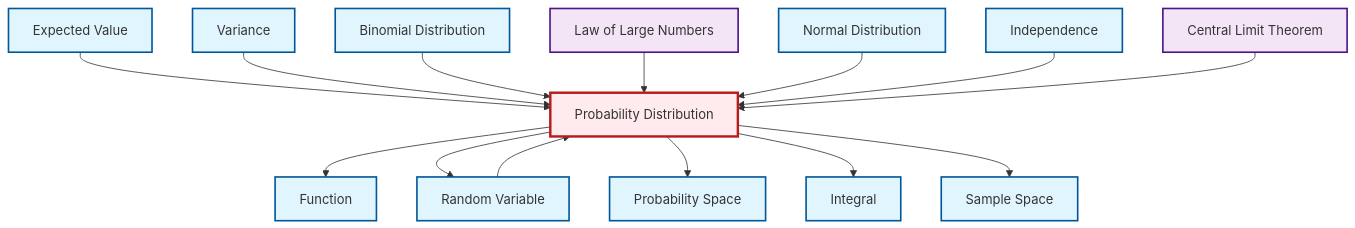
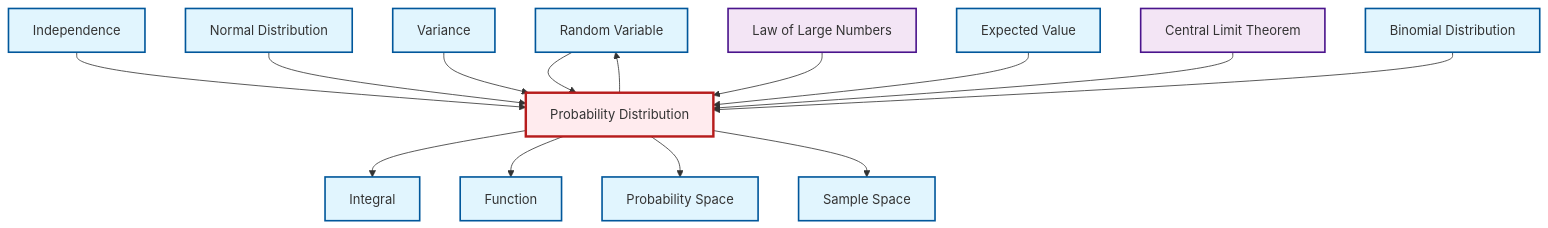
The diagram in output/mermaid/en/def-probability-distribution.mermaid (RK0429/ModernMath), drawn with Mermaid before and after one commit. The commit also changed other lines of this file and 1717 other files, not shown here.

```diff
--- a/output/mermaid/en/def-probability-distribution.mermaid
+++ b/output/mermaid/en/def-probability-distribution.mermaid
@@ -1,33 +1,33 @@
 graph TD
     classDef definition fill:#e1f5fe,stroke:#01579b,stroke-width:2px
     classDef theorem fill:#f3e5f5,stroke:#4a148c,stroke-width:2px
     classDef axiom fill:#fff3e0,stroke:#e65100,stroke-width:2px
     classDef example fill:#e8f5e9,stroke:#1b5e20,stroke-width:2px
     classDef current fill:#ffebee,stroke:#b71c1c,stroke-width:3px
+    def-integral["Integral"]:::definition
+    def-random-variable["Random Variable"]:::definition
+    def-probability-space["Probability Space"]:::definition
+    thm-law-of-large-numbers["Law of Large Numbers"]:::theorem
+    def-probability-distribution["Probability Distribution"]:::definition
+    thm-central-limit["Central Limit Theorem"]:::theorem
+    def-binomial-distribution["Binomial Distribution"]:::definition
+    def-variance["Variance"]:::definition
+    def-expectation["Expected Value"]:::definition
     def-function["Function"]:::definition
-    def-variance["Variance"]:::definition
-    def-probability-space["Probability Space"]:::definition
+    def-normal-distribution["Normal Distribution"]:::definition
+    def-independence["Independence"]:::definition
     def-sample-space["Sample Space"]:::definition
-    def-independence["Independence"]:::definition
-    def-random-variable["Random Variable"]:::definition
-    thm-central-limit["Central Limit Theorem"]:::theorem
-    def-expectation["Expected Value"]:::definition
-    def-probability-distribution["Probability Distribution"]:::definition
-    def-normal-distribution["Normal Distribution"]:::definition
-    def-binomial-distribution["Binomial Distribution"]:::definition
-    thm-law-of-large-numbers["Law of Large Numbers"]:::theorem
-    def-integral["Integral"]:::definition
-    def-probability-distribution --> def-function
+    def-random-variable --> def-probability-distribution
     def-probability-distribution --> def-random-variable
-    def-expectation --> def-probability-distribution
-    def-variance --> def-probability-distribution
-    def-probability-distribution --> def-probability-space
-    def-binomial-distribution --> def-probability-distribution
-    thm-law-of-large-numbers --> def-probability-distribution
+    def-independence --> def-probability-distribution
     def-probability-distribution --> def-integral
     def-normal-distribution --> def-probability-distribution
-    def-independence --> def-probability-distribution
+    def-variance --> def-probability-distribution
+    thm-law-of-large-numbers --> def-probability-distribution
+    def-expectation --> def-probability-distribution
+    thm-central-limit --> def-probability-distribution
+    def-probability-distribution --> def-function
+    def-probability-distribution --> def-probability-space
     def-probability-distribution --> def-sample-space
-    def-random-variable --> def-probability-distribution
-    thm-central-limit --> def-probability-distribution
+    def-binomial-distribution --> def-probability-distribution
     class def-probability-distribution current
```
